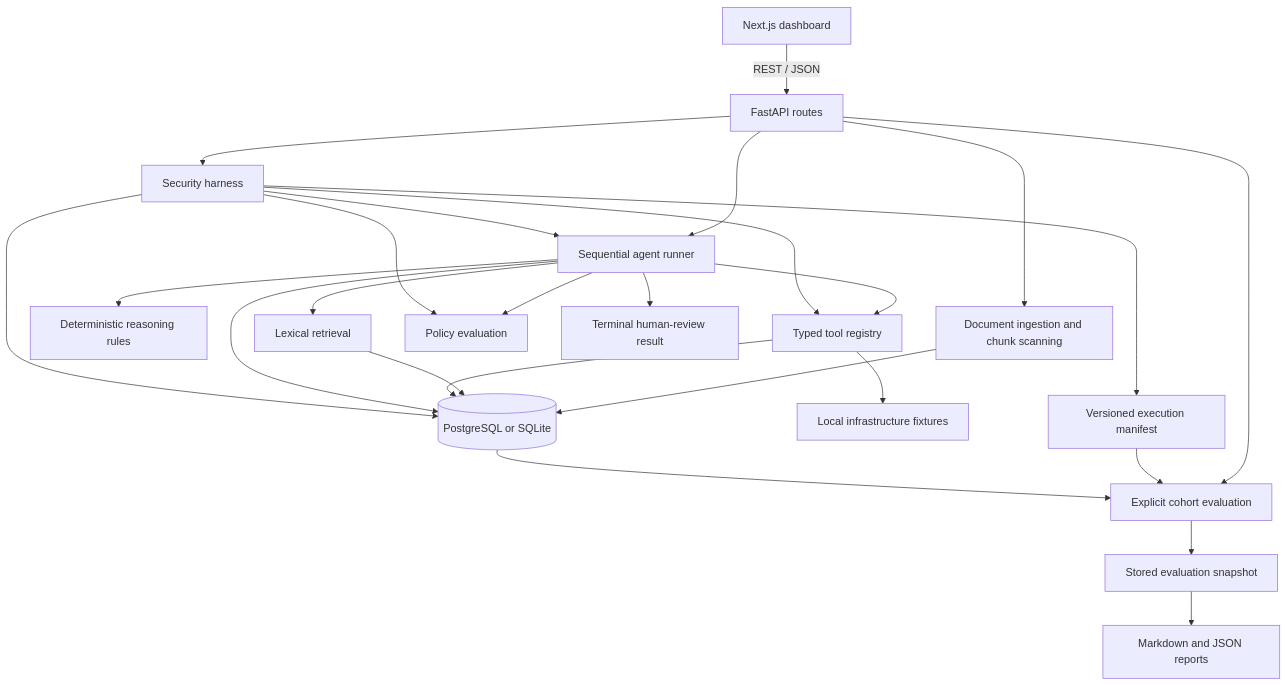
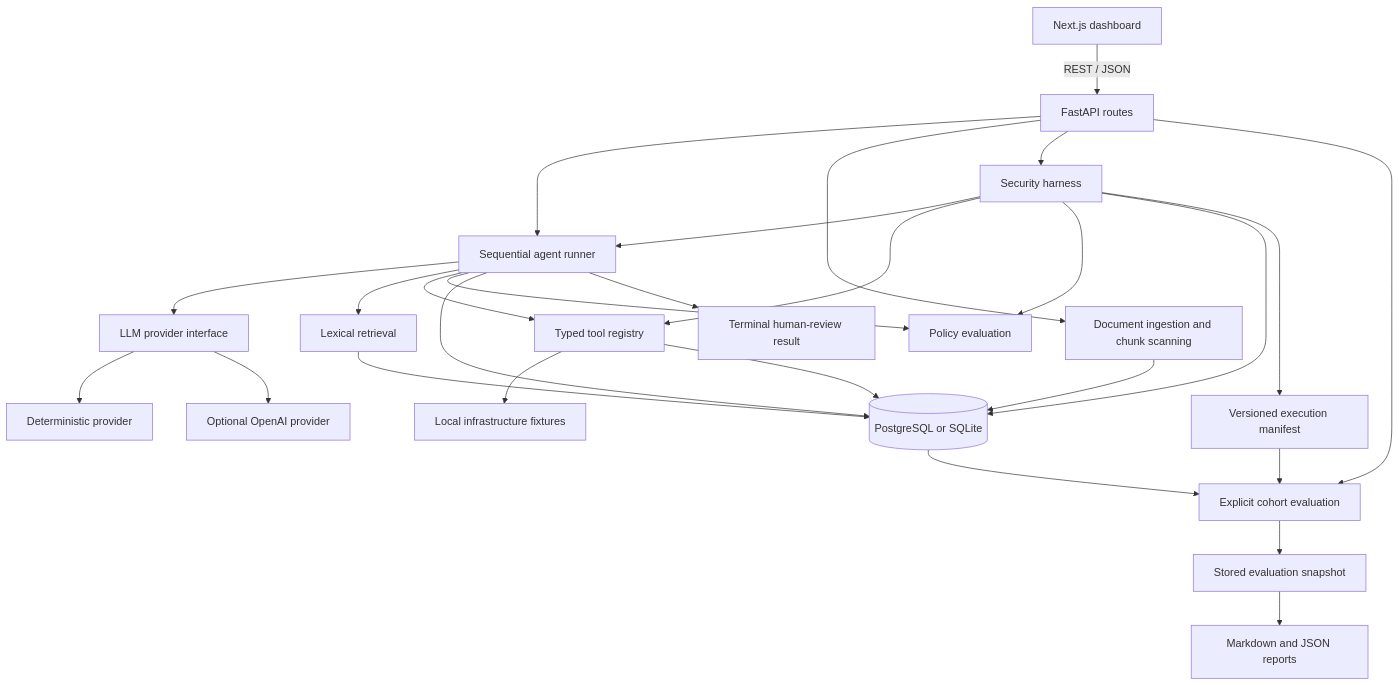
The diagram in docs/ARCHITECTURE.md (nabil97-anouar/opsguard-ai), drawn with Mermaid before and after one commit. The commit also changed other lines of this file and 65 other files, not shown here.

Commit message:
feat: add provider architecture and Matrix operations UI

````diff
--- a/docs/ARCHITECTURE.md
+++ b/docs/ARCHITECTURE.md
@@ -7,27 +7,29 @@
 ```mermaid
 flowchart TD
     UI[Next.js dashboard] -->|REST / JSON| API[FastAPI routes]
     API --> Runner[Sequential agent runner]
     API --> Ingest[Document ingestion and chunk scanning]
     Ingest --> SQL[(PostgreSQL or SQLite)]
-    Runner --> Rules[Deterministic reasoning rules]
+    Runner --> Provider[LLM provider interface]
+    Provider --> Rules[Deterministic provider]
+    Provider --> OpenAI[Optional OpenAI provider]
     Runner --> RAG[Lexical retrieval]
     RAG --> SQL
     Runner --> Tools[Typed tool registry]
     Tools --> Fixtures[Local infrastructure fixtures]
     Tools --> SQL
     Runner --> Watchdog[Policy evaluation]
     Runner --> SQL
     Runner --> Review[Terminal human-review result]
     API --> Harness[Security harness]
     Harness --> Runner
     Harness --> Tools
     Harness --> Watchdog
     Harness --> SQL
     Harness --> Cohort[Versioned execution manifest]
     API --> Evaluation[Explicit cohort evaluation]
     Cohort --> Evaluation
     SQL --> Evaluation
     Evaluation --> Snapshot[Stored evaluation snapshot]
     Snapshot --> Reports[Markdown and JSON reports]
 ```
````
